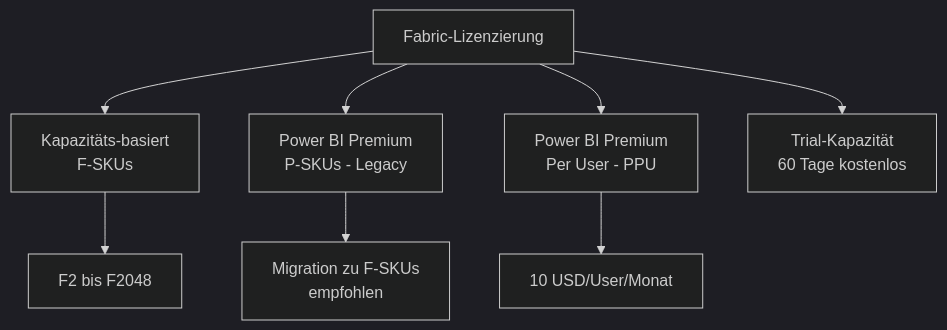
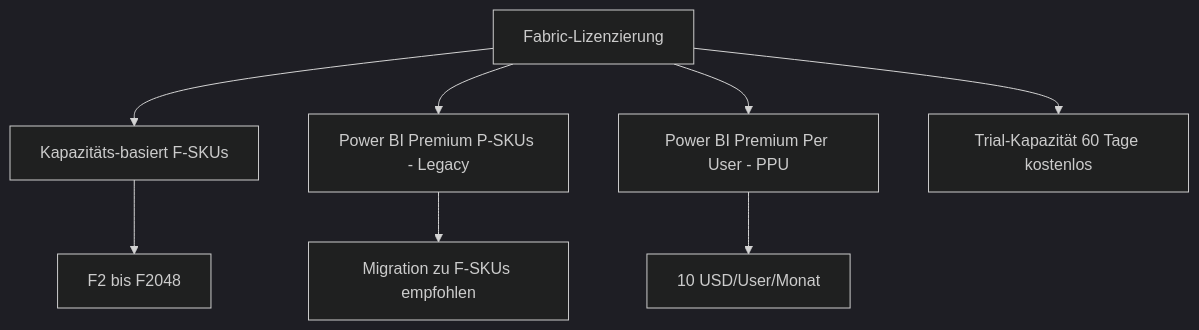
One commit to SoniiiT/notes-n-docs changed the third of 4 diagrams in Microsoft 365/Azure/Fabric/Microsoft Fabric Grundlagen.md. Above: the diagram before and after it, drawn with Mermaid (dark theme). The commit also changed other lines of this file and 124 other files, not shown here.

First line of the commit message:
fix: Entferne \n aus allen Mermaid-Diagrammen (125 Dateien)

````diff
--- a/Microsoft 365/Azure/Fabric/Microsoft Fabric Grundlagen.md
+++ b/Microsoft 365/Azure/Fabric/Microsoft Fabric Grundlagen.md
@@ -172,12 +172,12 @@
 ```mermaid
 graph TD
     LIZ[Fabric-Lizenzierung]
-    LIZ --> CAP[Kapazitäts-basiert\nF-SKUs]
-    LIZ --> PBI[Power BI Premium\nP-SKUs - Legacy]
-    LIZ --> PPU[Power BI Premium\nPer User - PPU]
-    LIZ --> TRIAL[Trial-Kapazität\n60 Tage kostenlos]
+    LIZ --> CAP[Kapazitäts-basiert F-SKUs]
+    LIZ --> PBI[Power BI Premium P-SKUs - Legacy]
+    LIZ --> PPU[Power BI Premium Per User - PPU]
+    LIZ --> TRIAL[Trial-Kapazität 60 Tage kostenlos]
     
     CAP --> F2[F2 bis F2048]
-    PBI --> MIGR[Migration zu F-SKUs\nempfohlen]
+    PBI --> MIGR[Migration zu F-SKUs empfohlen]
     PPU --> USER[10 USD/User/Monat]
 ```
````
